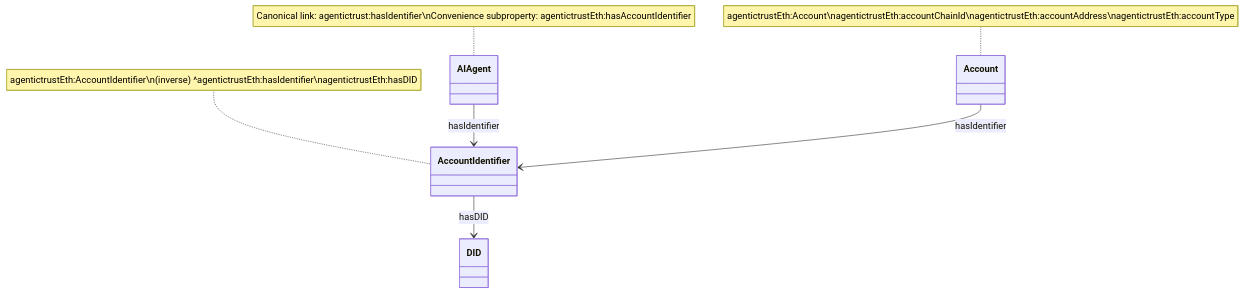
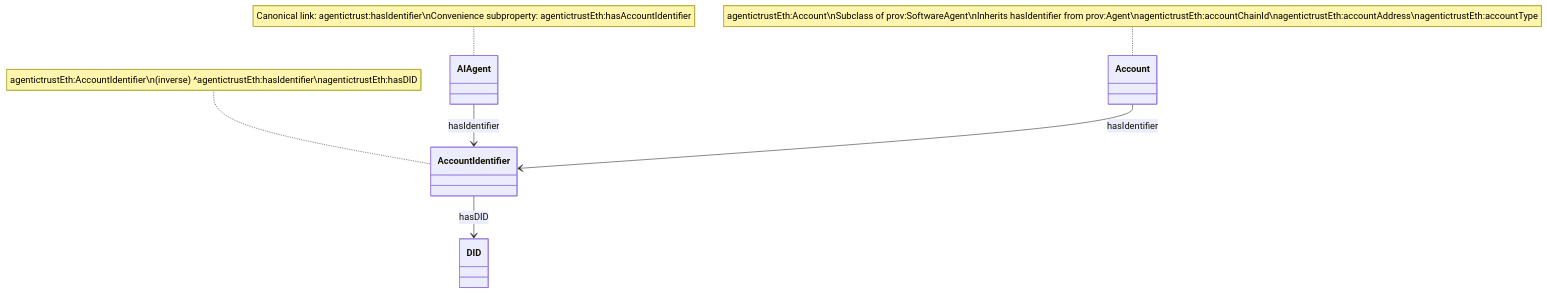
One commit to Agentic-Trust-Layer/agent-explorer changed the third of 6 diagrams in docs/ontology/identifiers.md. Above: the diagram before and after it, drawn with Mermaid. The commit also changed other lines of this file and 8 other files, not shown here.

````diff
--- a/docs/ontology/identifiers.md
+++ b/docs/ontology/identifiers.md
@@ -146,15 +152,15 @@
 ```mermaid
 classDiagram
     class AIAgent
     class AccountIdentifier
     class Account
     class DID
     
     AIAgent --> AccountIdentifier : hasIdentifier
     Account --> AccountIdentifier : hasIdentifier
     AccountIdentifier --> DID : hasDID
     
     note for AIAgent "Canonical link: agentictrust:hasIdentifier\nConvenience subproperty: agentictrustEth:hasAccountIdentifier"
     note for AccountIdentifier "agentictrustEth:AccountIdentifier\n(inverse) ^agentictrustEth:hasIdentifier\nagentictrustEth:hasDID"
-    note for Account "agentictrustEth:Account\nagentictrustEth:accountChainId\nagentictrustEth:accountAddress\nagentictrustEth:accountType"
+    note for Account "agentictrustEth:Account\nSubclass of prov:SoftwareAgent\nInherits hasIdentifier from prov:Agent\nagentictrustEth:accountChainId\nagentictrustEth:accountAddress\nagentictrustEth:accountType"
 ```
````
